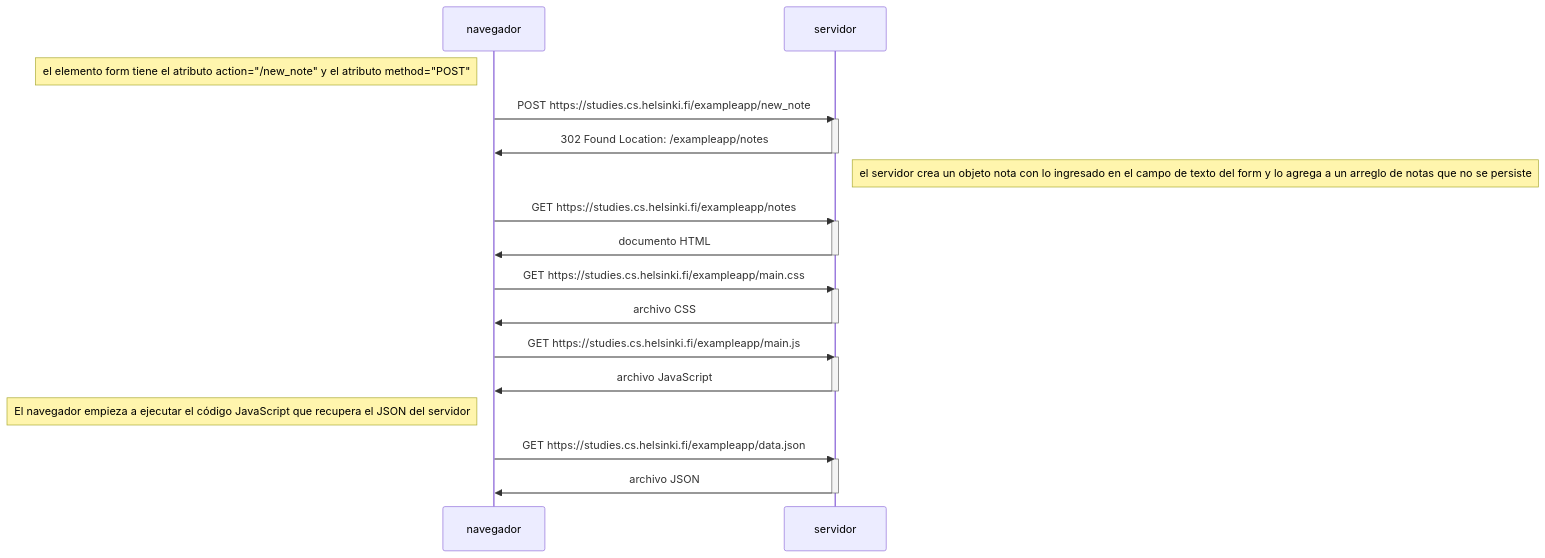
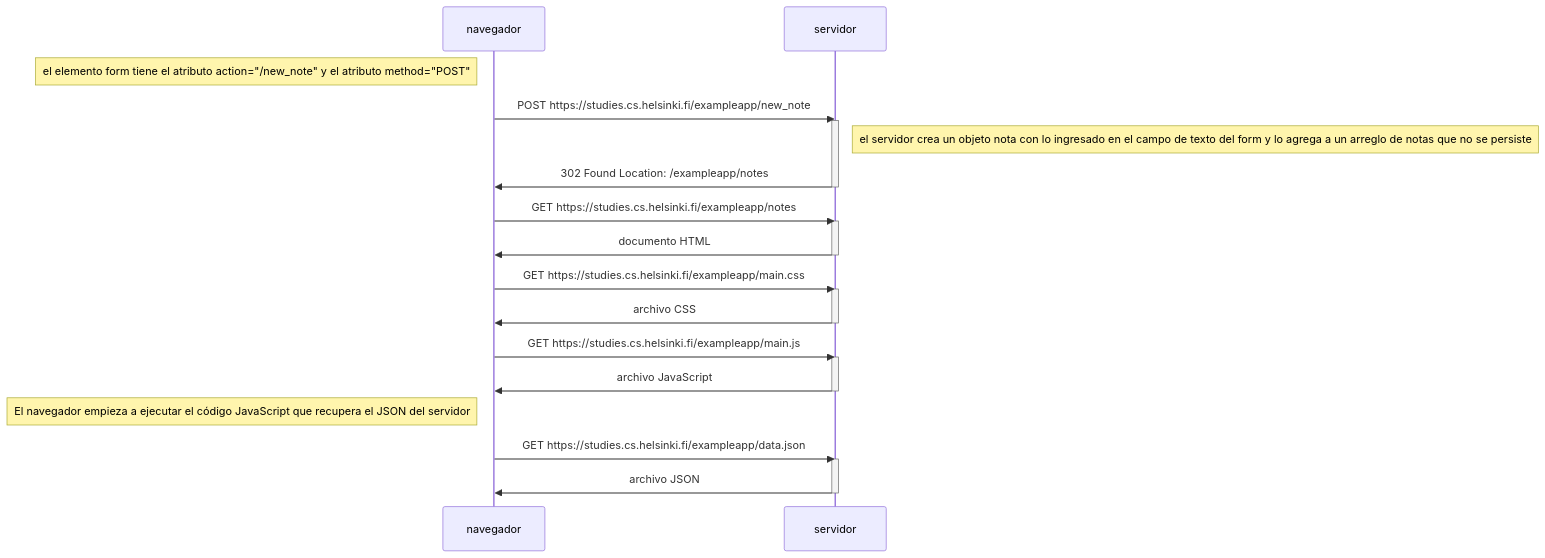
The diagram in part0/ej0.4.md (Marcos-AS/fullstackopen), drawn with Mermaid before and after one commit.

````diff
--- a/part0/ej0.4.md
+++ b/part0/ej0.4.md
@@ -1,36 +1,35 @@
 ```mermaid
 sequenceDiagram
 	participant navegador
     participant servidor
 
     Note left of navegador: el elemento form tiene el atributo action="/new_note" y el atributo method="POST"
 
     navegador->>servidor: POST https://studies.cs.helsinki.fi/exampleapp/new_note
     activate servidor
+    Note right of servidor: el servidor crea un objeto nota con lo ingresado en el campo de texto del form y lo agrega a un arreglo de notas que no se persiste
     servidor->>navegador: 302 Found Location: /exampleapp/notes
     deactivate servidor
-
-    Note right of servidor: el servidor crea un objeto nota con lo ingresado en el campo de texto del form y lo agrega a un arreglo de notas que no se persiste
 
     navegador->>servidor: GET https://studies.cs.helsinki.fi/exampleapp/notes
     activate servidor
     servidor->>navegador: documento HTML
     deactivate servidor
  
     navegador->>servidor: GET https://studies.cs.helsinki.fi/exampleapp/main.css
     activate servidor
     servidor->>navegador: archivo CSS
     deactivate servidor
 
     navegador->>servidor: GET https://studies.cs.helsinki.fi/exampleapp/main.js
     activate servidor
     servidor->>navegador: archivo JavaScript
     deactivate servidor
 
     Note left of navegador: El navegador empieza a ejecutar el código JavaScript que recupera el JSON del servidor
 
     navegador->>servidor: GET https://studies.cs.helsinki.fi/exampleapp/data.json
     activate servidor
     servidor->>navegador: archivo JSON
     deactivate servidor
 ```
````
